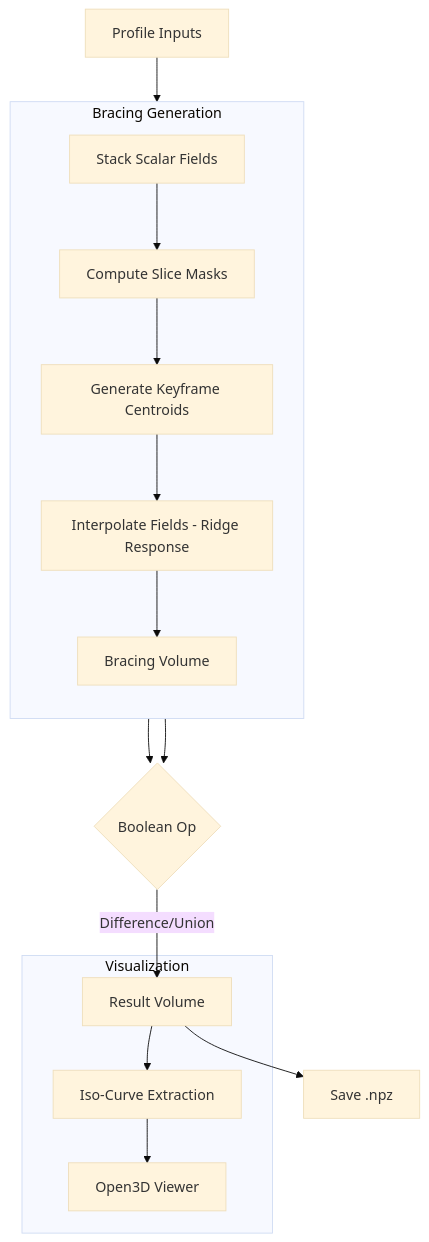
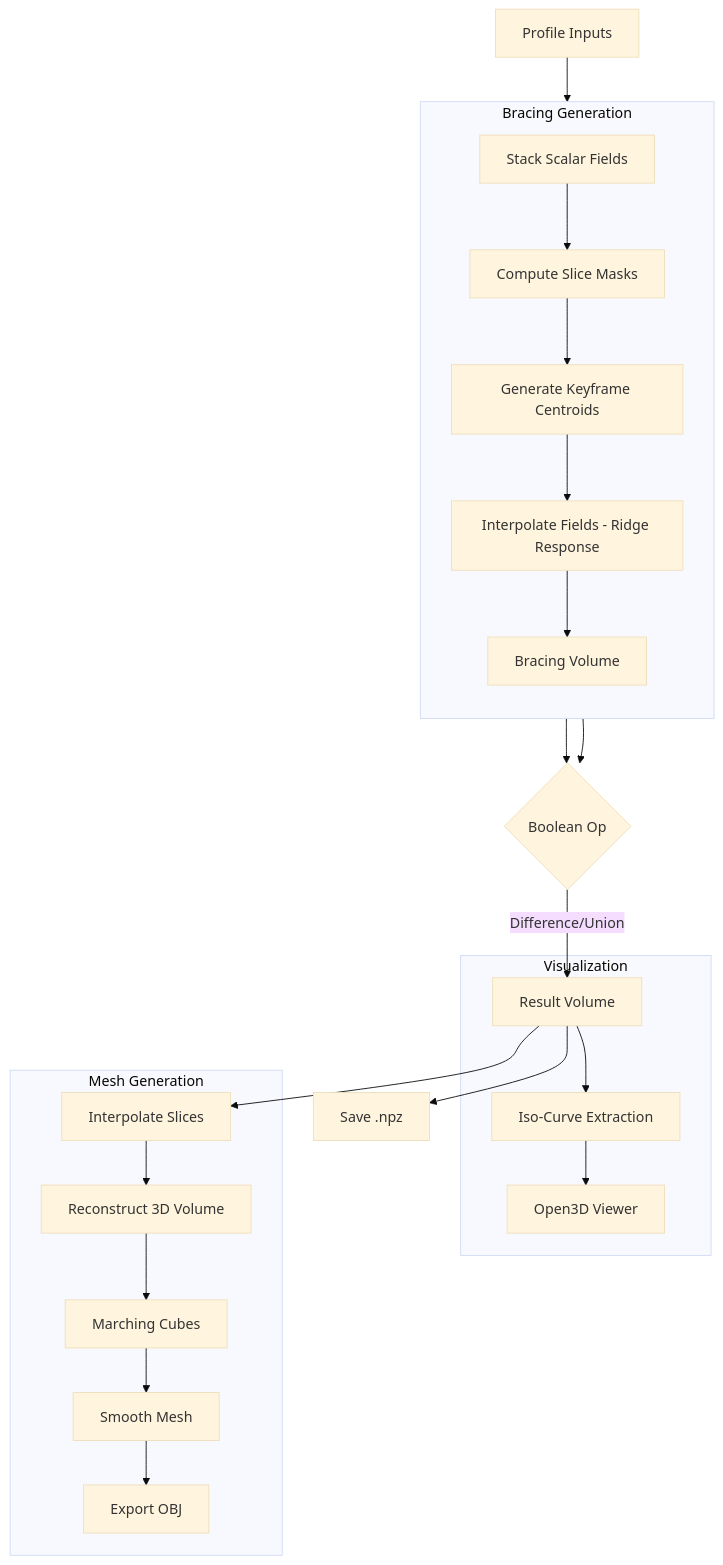
One commit to Daxler-design/Narnia_Draft changed the diagram in README.md. Above: the diagram before and after it, drawn with Mermaid (base theme). The commit also changed other lines of this file and 13 other files, not shown here.

````diff
--- a/README.md
+++ b/README.md
@@ -58,24 +381,32 @@
 ```mermaid
 flowchart TB
   Input[Profile Inputs] --> Stack[Stack Scalar Fields]
   
   subgraph Generation [Bracing Generation]
     direction TB
     Stack --> Mask[Compute Slice Masks]
     Mask --> Keys[Generate Keyframe Centroids]
     Keys --> Interp[Interpolate Fields - Ridge Response]
     Interp --> Bracing[Bracing Volume]
   end
 
   Stack --> Boolean{Boolean Op}
   Bracing --> Boolean
   
   Boolean -->|Difference/Union| Result[Result Volume]
   
   subgraph Visual [Visualization]
     Result --> Iso[Iso-Curve Extraction]
     Iso --> Viewer[Open3D Viewer]
   end
   
+  subgraph Mesh [Mesh Generation]
+    Result --> Interpolate[Interpolate Slices]
+    Interpolate --> Volume[Reconstruct 3D Volume]
+    Volume --> Marching[Marching Cubes]
+    Marching --> Smooth[Smooth Mesh]
+    Smooth --> Export[Export OBJ]
+  end
+  
   Result --> Save[Save .npz]
 ```
````
